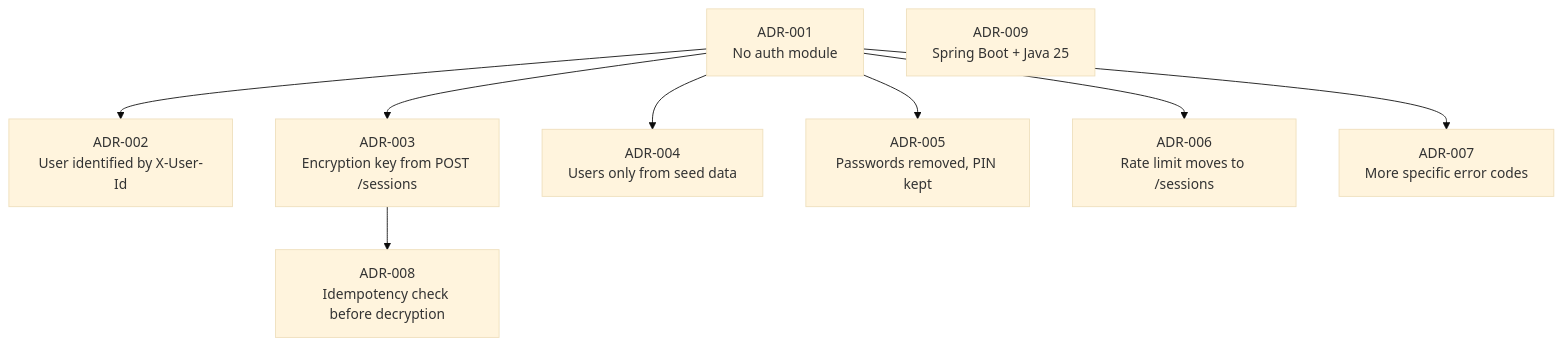
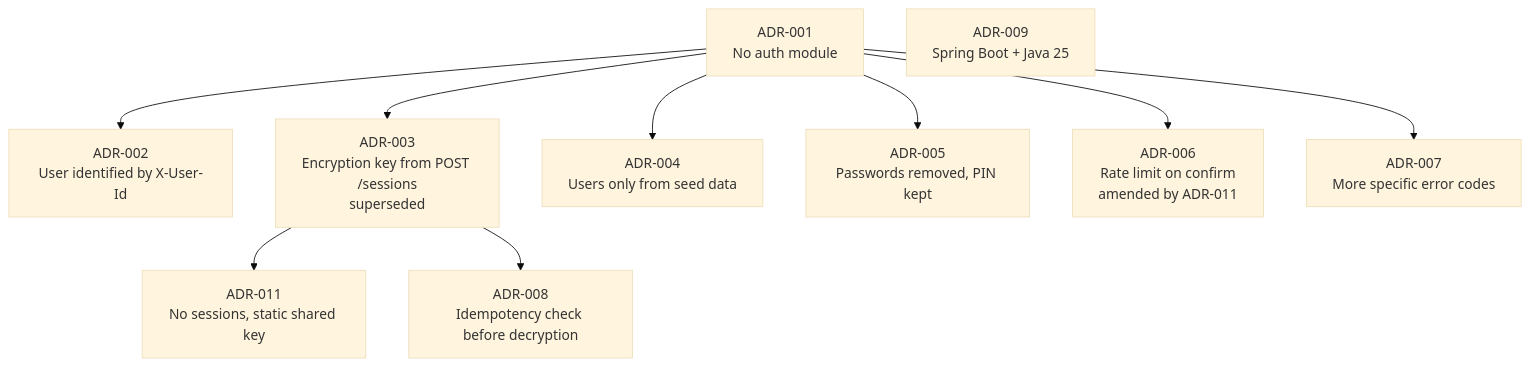
Before and after one commit to M-o-m-e-n/Momkn-pay-backend: the diagram in docs/DECISIONS.md, drawn with Mermaid (base theme). The commit also changed other lines of this file and 3 other files, not shown here.

First line of the commit message:
docs: record the removal of sessions in ADR-011 and the design docs

````diff
--- a/docs/DECISIONS.md
+++ b/docs/DECISIONS.md
@@ -14,11 +14,12 @@
 ```mermaid
 flowchart TD
     A[ADR-001<br/>No auth module] --> B[ADR-002<br/>User identified by X-User-Id]
-    A --> C[ADR-003<br/>Encryption key from POST /sessions]
+    A --> C[ADR-003<br/>Encryption key from POST /sessions<br/>superseded]
+    C --> K[ADR-011<br/>No sessions, static shared key]
     A --> D[ADR-004<br/>Users only from seed data]
     A --> E[ADR-005<br/>Passwords removed, PIN kept]
-    A --> F[ADR-006<br/>Rate limit moves to /sessions]
+    A --> F[ADR-006<br/>Rate limit on confirm<br/>amended by ADR-011]
     A --> G[ADR-007<br/>More specific error codes]
     C --> H[ADR-008<br/>Idempotency check before decryption]
     I[ADR-009<br/>Spring Boot + Java 25]
 ```
````
